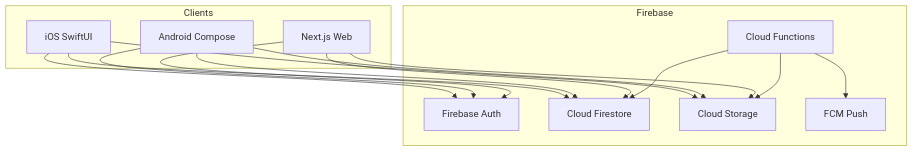
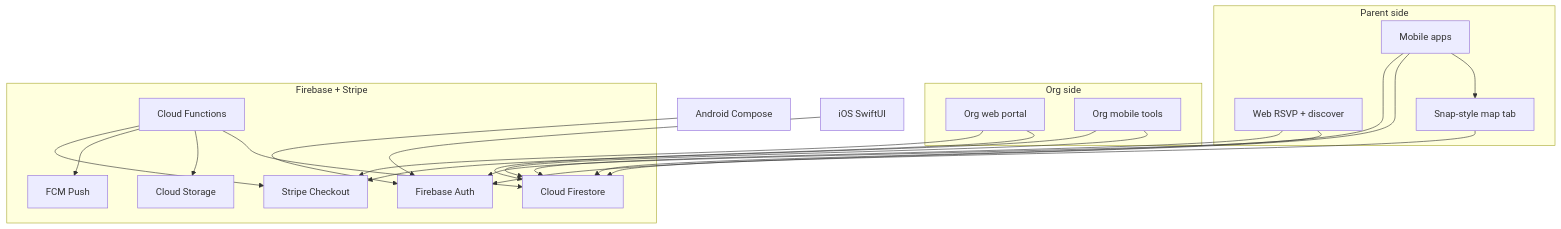
The first of 5 diagrams in PLAN.md (smmoose1/recess), drawn with Mermaid before and after one commit. The commit also changed other lines of this file, not shown here.

First line of the commit message:
Refine plan with org creators, pay-per-boost marketing, and Snap Map.

````diff
--- a/PLAN.md
+++ b/PLAN.md
@@ -9,29 +15,39 @@
 ```mermaid
 flowchart TB
-    subgraph clients [Clients]
-        iOS[iOS SwiftUI]
-        Android[Android Compose]
-        Web[Next.js Web]
+    subgraph consumers [Parent side]
+        ParentApp[Mobile apps]
+        ParentWeb[Web RSVP + discover]
+        SnapMap[Snap-style map tab]
     end
 
-    subgraph firebase [Firebase]
+    subgraph creators [Org side]
+        OrgWeb[Org web portal]
+        OrgMobile[Org mobile tools]
+    end
+
+    subgraph platform [Firebase + Stripe]
         Auth[Firebase Auth]
         Firestore[Cloud Firestore]
         Storage[Cloud Storage]
         Functions[Cloud Functions]
         FCM[FCM Push]
+        Stripe[Stripe Checkout]
     end
 
-    iOS --> Auth
-    Android --> Auth
-    Web --> Auth
-    iOS --> Firestore
-    Android --> Firestore
-    Web --> Firestore
-    iOS --> Storage
-    Android --> Storage
-    Web --> Storage
+    ParentApp --> SnapMap
+    ParentApp --> Auth
+    Android[Android Compose] --> Auth
+    iOS[iOS SwiftUI] --> Auth
+    ParentWeb --> Auth
+    ParentApp --> Firestore
+    ParentWeb --> Firestore
+    OrgWeb --> Firestore
+    OrgWeb --> Stripe
+    OrgMobile --> Firestore
+    OrgMobile --> Stripe
     Functions --> Firestore
     Functions --> Storage
     Functions --> FCM
+    Functions --> Stripe
+    SnapMap --> Firestore
 ```
````
